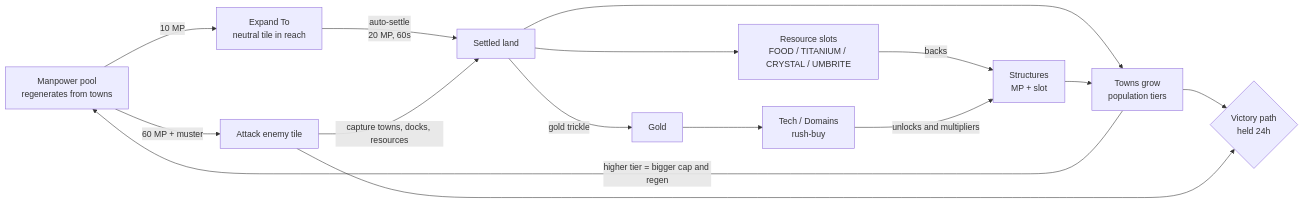
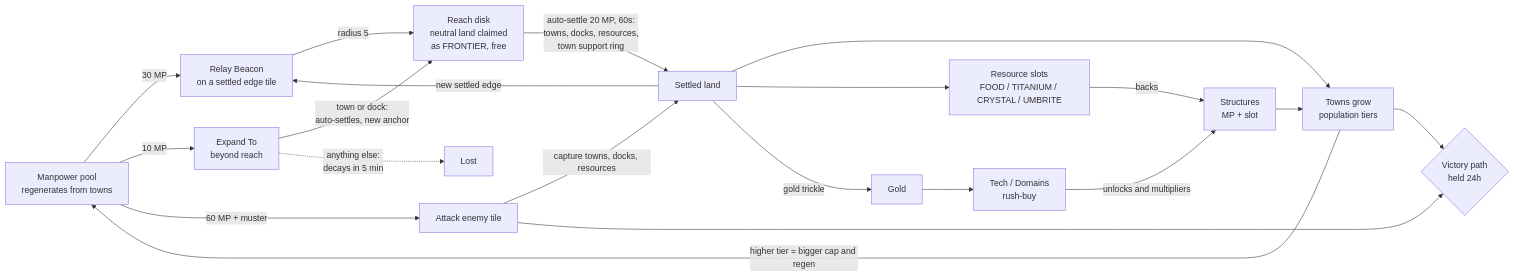
One commit to BenjaminWaye/border-empires changed the diagram in docs/core-loop.md. Above: the diagram before and after it, drawn with Mermaid. The commit also changed other lines of this file, not shown here.

First line of the commit message:
Core loop doc: reach and Relay Beacons drive territory, not Expand To

````diff
--- a/docs/core-loop.md
+++ b/docs/core-loop.md
@@ -69,17 +69,22 @@
 ```mermaid
 flowchart LR
-    A[Manpower pool<br/>regenerates from towns] -->|10 MP| B[Expand To<br/>neutral tile in reach]
-    B -->|auto-settle<br/>20 MP, 60s| C[Settled land]
+    A[Manpower pool<br/>regenerates from towns] -->|30 MP| R[Relay Beacon<br/>on a settled edge tile]
+    R -->|radius 5| K[Reach disk<br/>neutral land claimed<br/>as FRONTIER, free]
+    K -->|auto-settle 20 MP, 60s:<br/>towns, docks, resources,<br/>town support ring| C[Settled land]
+    C -->|new settled edge| R
+    A -->|10 MP| B[Expand To<br/>beyond reach]
+    B -->|town or dock:<br/>auto-settles, new anchor| K
+    B -.->|anything else:<br/>decays in 5 min| X[Lost]
     C --> D[Towns grow<br/>population tiers]
     C --> E[Resource slots<br/>FOOD / TITANIUM / CRYSTAL / UMBRITE]
     E -->|backs| F[Structures<br/>MP + slot]
     F --> D
     D -->|higher tier = bigger cap and regen| A
     C -->|gold trickle| G[Gold]
     G --> H[Tech / Domains<br/>rush-buy]
     H -->|unlocks and multipliers| F
     A -->|60 MP + muster| I[Attack enemy tile]
     I -->|capture towns, docks, resources| C
     D --> V{Victory path<br/>held 24h}
     I --> V
 ```
````
